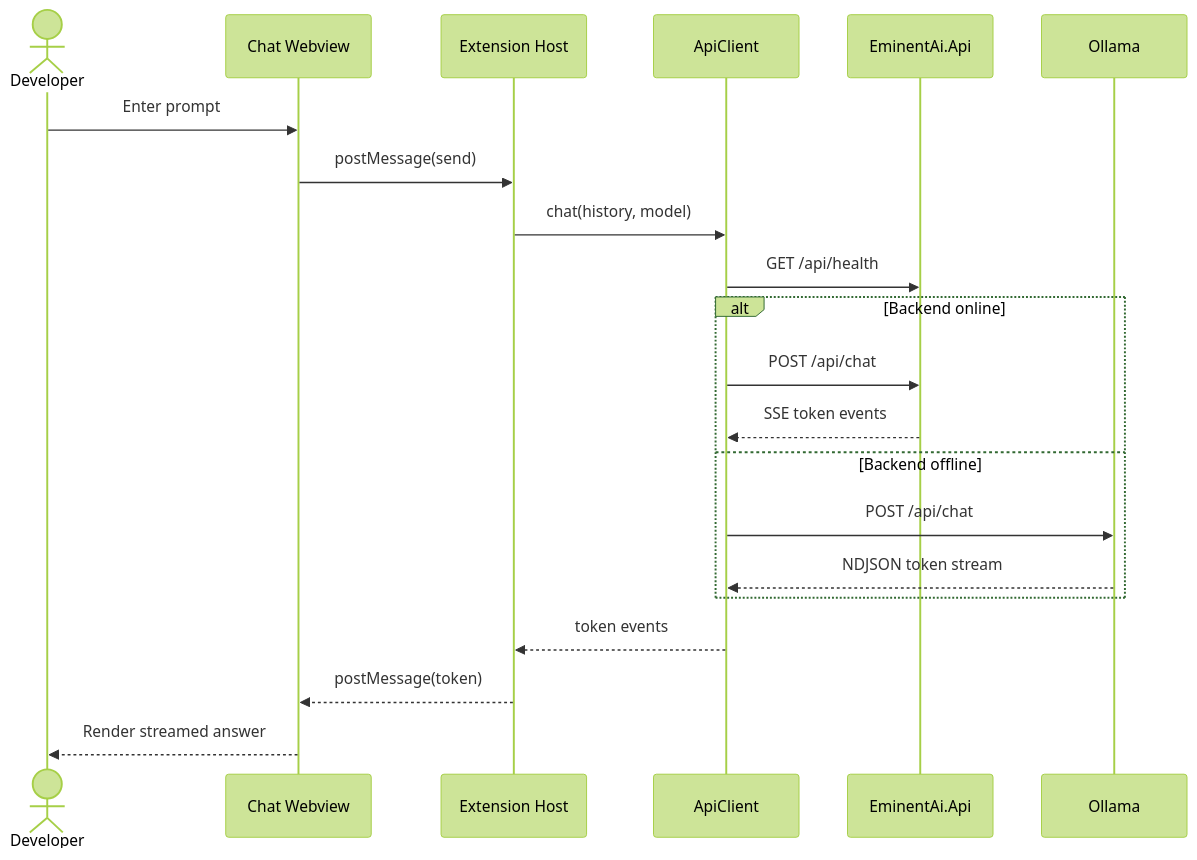
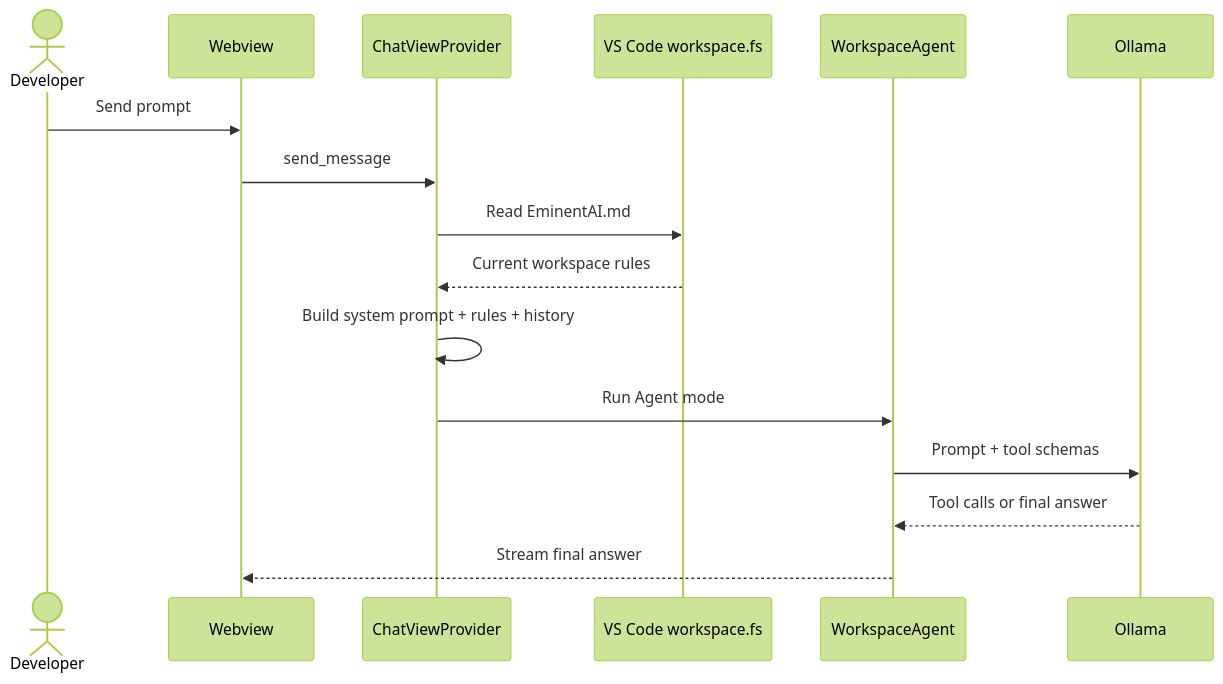
The third of 5 diagrams in VS_CODE_EXTENSION.md (ekanatha-urivakili/EminentAiAgent), drawn with Mermaid (forest theme) before and after one commit. The commit also changed other lines of this file and 45 other files, not shown here.

Commit message:
VS code Extension enhancements

````diff
--- a/VS_CODE_EXTENSION.md
+++ b/VS_CODE_EXTENSION.md
@@ -114,24 +117,19 @@
 ```mermaid
 sequenceDiagram
-    actor Dev as Developer
-    participant WV as Chat Webview
-    participant Ext as Extension Host
-    participant Api as ApiClient
-    participant Backend as EminentAi.Api
-    participant Ollama as Ollama
+    actor Developer
+    participant WV as Webview
+    participant Provider as ChatViewProvider
+    participant FS as VS Code workspace.fs
+    participant Agent as WorkspaceAgent
+    participant Ollama
 
-    Dev->>WV: Enter prompt
-    WV->>Ext: postMessage(send)
-    Ext->>Api: chat(history, model)
-    Api->>Backend: GET /api/health
-    alt Backend online
-        Api->>Backend: POST /api/chat
-        Backend-->>Api: SSE token events
-    else Backend offline
-        Api->>Ollama: POST /api/chat
-        Ollama-->>Api: NDJSON token stream
-    end
-    Api-->>Ext: token events
-    Ext-->>WV: postMessage(token)
-    WV-->>Dev: Render streamed answer
+    Developer->>WV: Send prompt
+    WV->>Provider: send_message
+    Provider->>FS: Read EminentAI.md
+    FS-->>Provider: Current workspace rules
+    Provider->>Provider: Build system prompt + rules + history
+    Provider->>Agent: Run Agent mode
+    Agent->>Ollama: Prompt + tool schemas
+    Ollama-->>Agent: Tool calls or final answer
+    Agent-->>WV: Stream final answer
 ```
````
